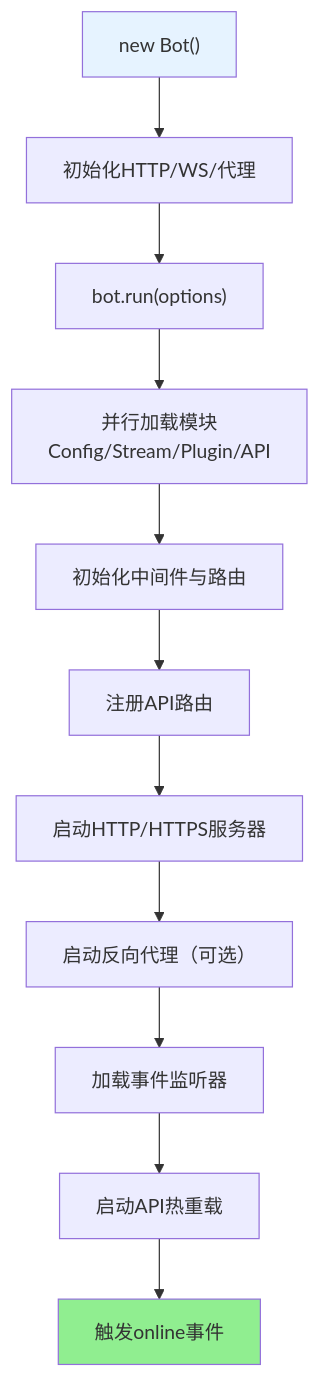
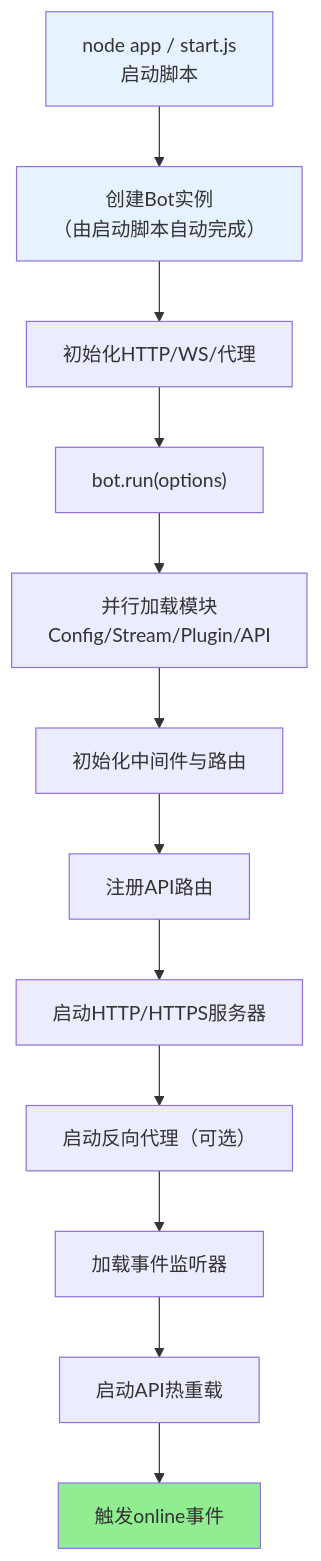
The second of 12 diagrams in docs/bot.md (sunflowermm/XRK-AGT), drawn with Mermaid before and after one commit. The commit also changed other lines of this file and 17 other files, not shown here.

````diff
--- a/docs/bot.md
+++ b/docs/bot.md
@@ -126,17 +111,19 @@
 ```mermaid
 flowchart TB
-    Start["new Bot()"] --> Init["初始化HTTP/WS/代理"]
+    Start["node app / start.js<br/>启动脚本"] --> Create["创建Bot实例<br/>（由启动脚本自动完成）"]
+    Create --> Init["初始化HTTP/WS/代理"]
     Init --> Run["bot.run(options)"]
     
     Run --> Load["并行加载模块<br/>Config/Stream/Plugin/API"]
     Load --> Middleware["初始化中间件与路由"]
     Middleware --> Register["注册API路由"]
     Register --> Server["启动HTTP/HTTPS服务器"]
     Server --> Proxy["启动反向代理（可选）"]
     Proxy --> Listener["加载事件监听器"]
     Listener --> Watch["启动API热重载"]
     Watch --> Online["触发online事件"]
     
     style Start fill:#E6F3FF
+    style Create fill:#E6F3FF
     style Online fill:#90EE90
 ```
````
